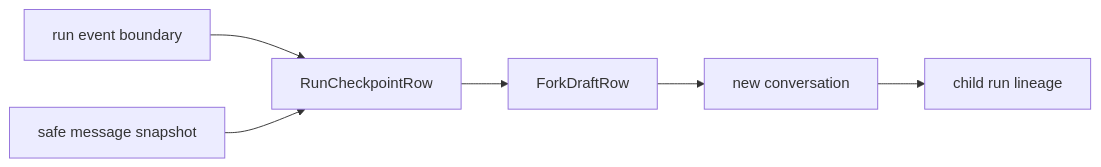
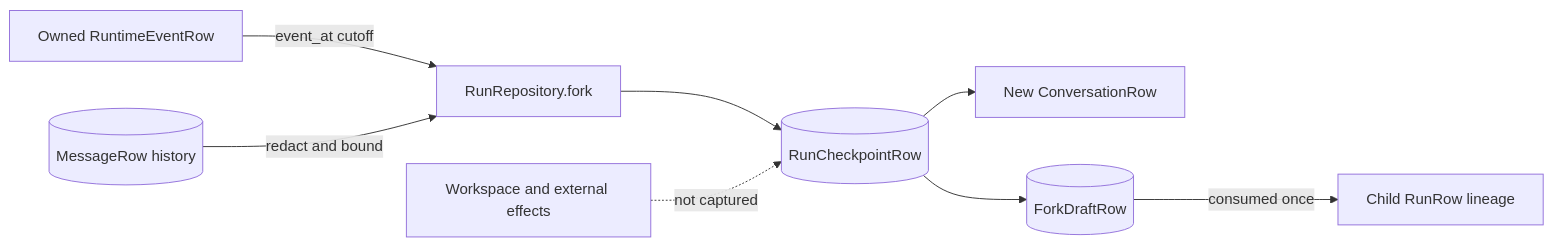
Before and after one commit to levalencia/archon: the first of 2 diagrams in docs/course/concepts/checkpoints.md, drawn with Mermaid. The commit also changed other lines of this file and 5 other files, not shown here.

````diff
--- a/docs/course/concepts/checkpoints.md
+++ b/docs/course/concepts/checkpoints.md
@@ -11,8 +29,10 @@
 ```mermaid
 flowchart LR
-  E[run event boundary] --> CP[RunCheckpointRow]
-  H[safe message snapshot] --> CP
-  CP --> D[ForkDraftRow]
-  D --> C[new conversation]
-  C --> R[child run lineage]
+  E[Owned RuntimeEventRow] -->|event_at cutoff| F[RunRepository.fork]
+  M[(MessageRow history)] -->|redact and bound| F
+  F --> C[(RunCheckpointRow)]
+  C --> N[New ConversationRow]
+  C --> D[(ForkDraftRow)]
+  D -->|consumed once| R[Child RunRow lineage]
+  W[Workspace and external effects] -. not captured .-> C
 ```
````
